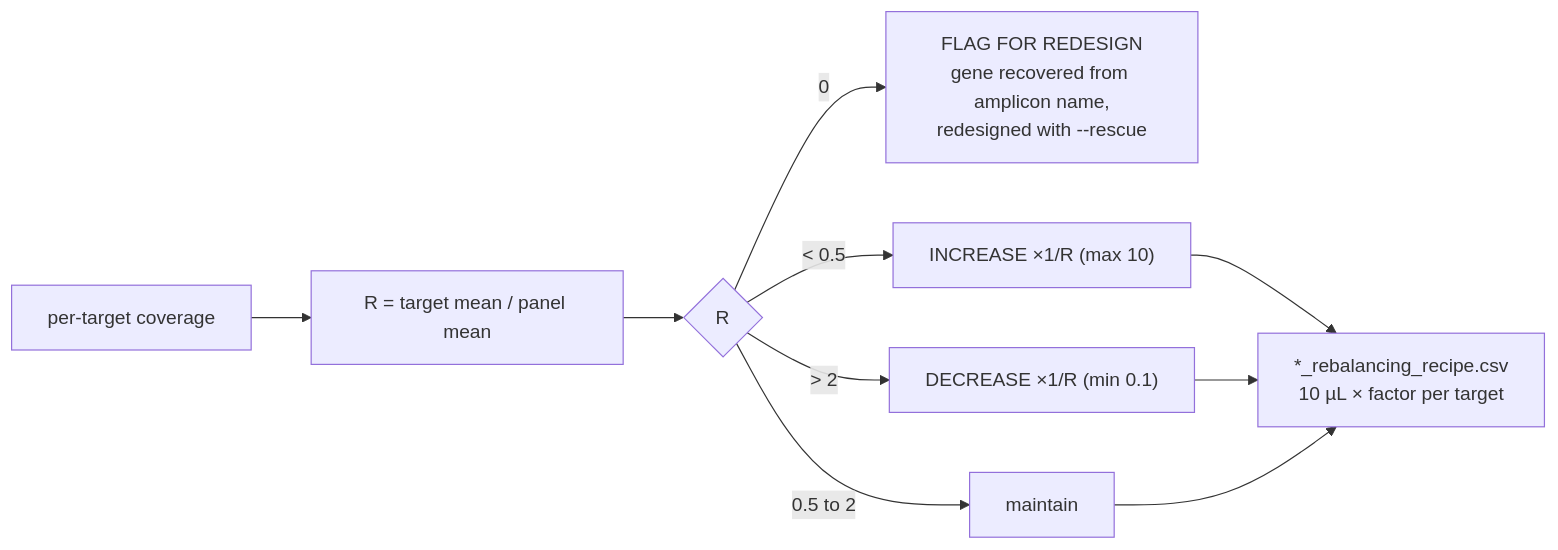
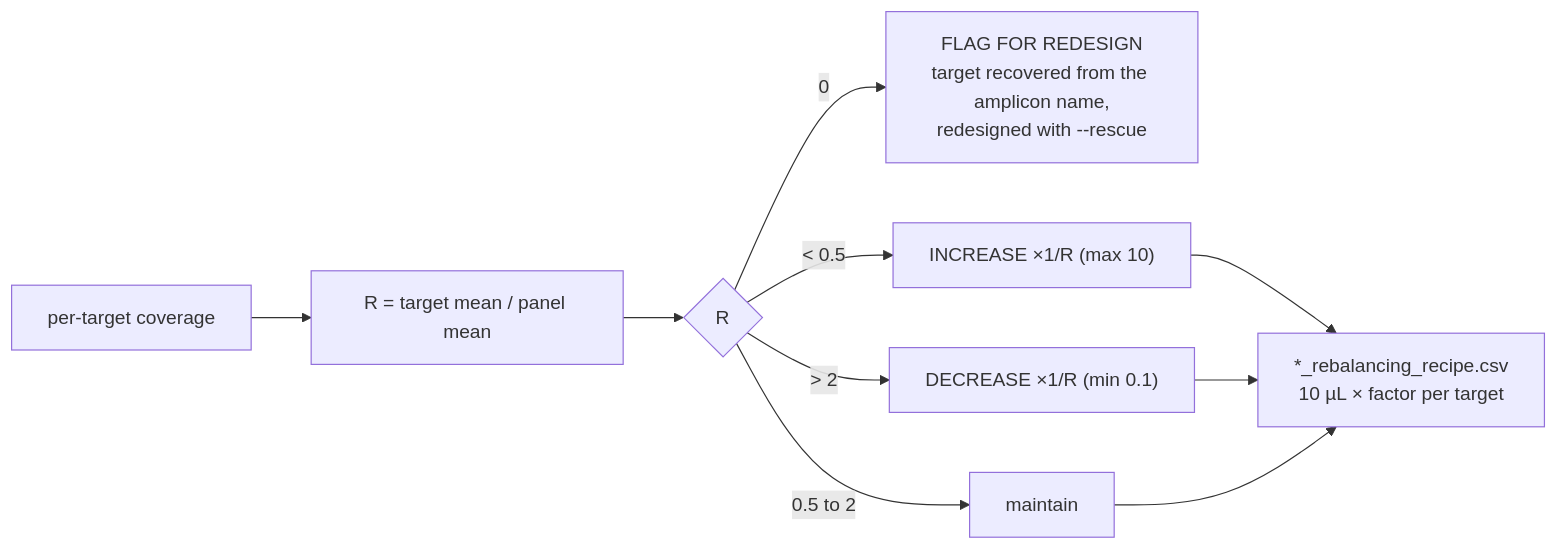
The seventh of 9 diagrams in README.md (AHumanBrain/my_amplicon_project), drawn with Mermaid before and after one commit. The commit also changed other lines of this file and 9 other files, not shown here.

````diff
--- a/README.md
+++ b/README.md
@@ -155,10 +204,10 @@
 ```mermaid
 flowchart LR
     COV["per-target coverage"] --> REL["R = target mean / panel mean"]
     REL --> ACT{"R"}
-    ACT -- "0" --> RD["FLAG FOR REDESIGN<br/>gene recovered from amplicon name,<br/>redesigned with --rescue"]
+    ACT -- "0" --> RD["FLAG FOR REDESIGN<br/>target recovered from the amplicon name,<br/>redesigned with --rescue"]
     ACT -- "< 0.5" --> UP["INCREASE ×1/R (max 10)"]
     ACT -- "0.5 to 2" --> KEEP["maintain"]
     ACT -- "> 2" --> DOWN["DECREASE ×1/R (min 0.1)"]
     UP & DOWN & KEEP --> REC["*_rebalancing_recipe.csv<br/>10 µL × factor per target"]
 ```
````
